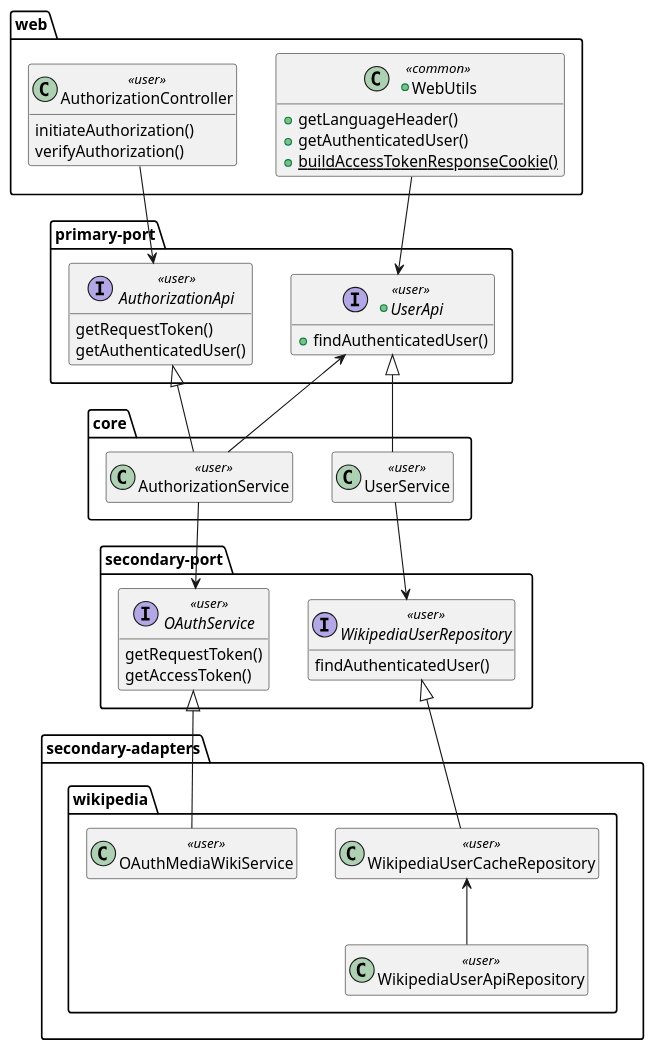
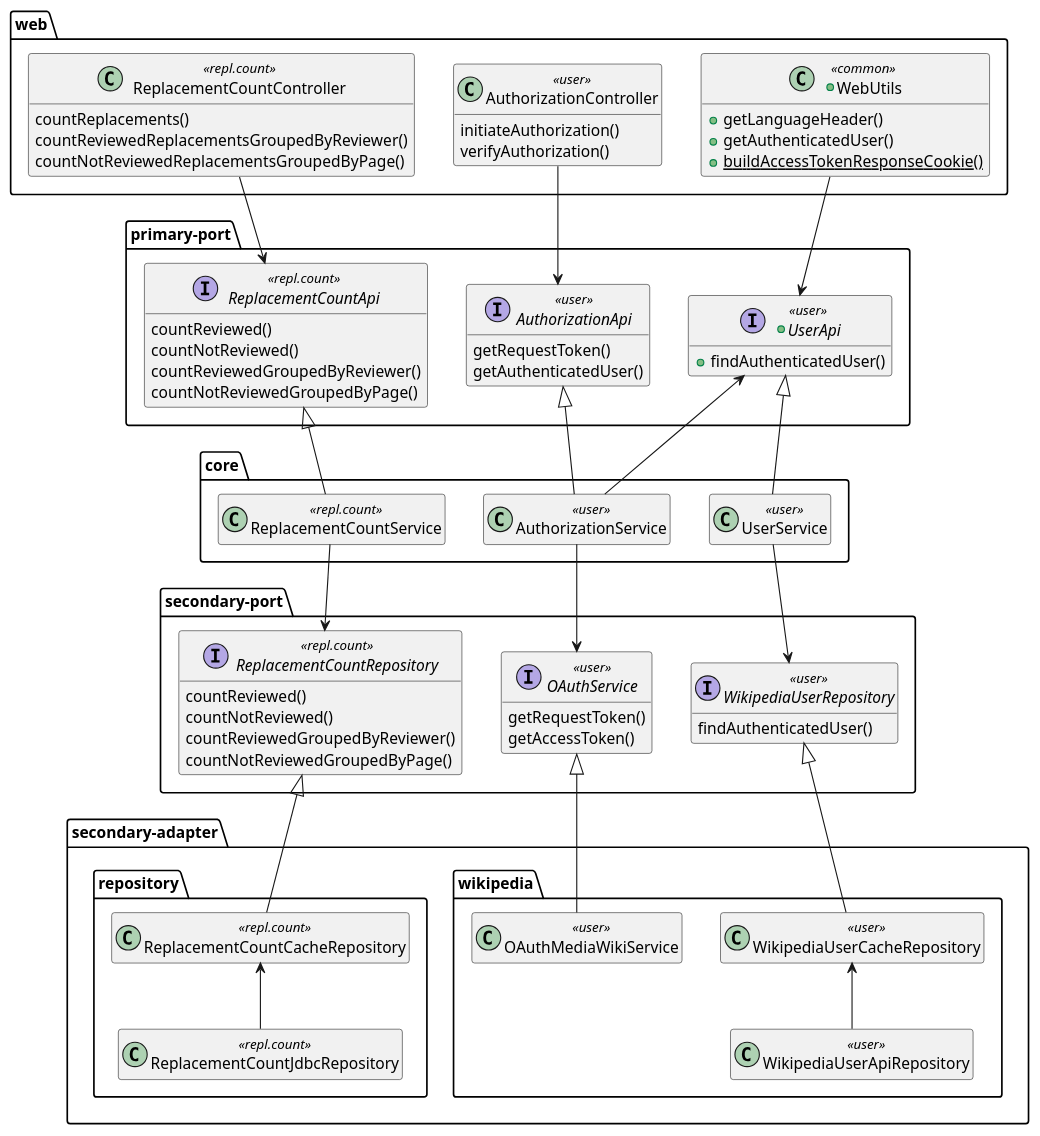
One commit to benjavalero/replacer changed the diagram in class-relationships.puml. Above: the diagram before and after it, drawn with PlantUML.

Commit message:
Replacement count package

```diff
--- a/class-relationships.puml
+++ b/class-relationships.puml
@@ -1,68 +1,111 @@
 @startuml
 
 hide empty members
+
+'USER
 
 package web {
   +class WebUtils <<common>> {
     +getLanguageHeader()
     +getAuthenticatedUser()
     +{static}buildAccessTokenResponseCookie()
   }
 
   class AuthorizationController <<user>> {
     initiateAuthorization()
     verifyAuthorization()
   }
 }
 
 package primary-port {
   interface AuthorizationApi <<user>> {
     getRequestToken()
     getAuthenticatedUser()
   }
 
   +interface UserApi <<user>> {
     +findAuthenticatedUser()
   }
 }
 
 package core {
   class AuthorizationService <<user>>
-  
   class UserService <<user>>
 }
 
 package secondary-port {
   interface OAuthService <<user>> {
     getRequestToken()
     getAccessToken()
   }
 
   interface WikipediaUserRepository <<user>> {
     findAuthenticatedUser()
   }
 }
 
-package secondary-adapters {
+package secondary-adapter {
   package wikipedia {
     class OAuthMediaWikiService <<user>>
     class WikipediaUserApiRepository <<user>>
     class WikipediaUserCacheRepository <<user>>
   }
 }
 
 AuthorizationController --> AuthorizationApi
 AuthorizationApi <|-- AuthorizationService
-
 WebUtils --> UserApi
 UserApi <-- AuthorizationService
 AuthorizationService --> OAuthService
-
 UserApi <|-- UserService
 UserService --> WikipediaUserRepository
 OAuthService <|-- OAuthMediaWikiService
 WikipediaUserRepository <|-- WikipediaUserCacheRepository
 WikipediaUserCacheRepository <-- WikipediaUserApiRepository
 
+'REPLACEMENT COUNT
+
+package web {
+  class ReplacementCountController <<repl.count>> {
+    countReplacements()
+    countReviewedReplacementsGroupedByReviewer()
+    countNotReviewedReplacementsGroupedByPage()
+  }
+}
+
+package primary-port { 
+  interface ReplacementCountApi <<repl.count>> {
+    countReviewed()
+    countNotReviewed()
+    countReviewedGroupedByReviewer()
+    countNotReviewedGroupedByPage()
+  }
+}
+
+package core {
+  class ReplacementCountService <<repl.count>>
+}
+
+package secondary-port {
+  interface ReplacementCountRepository <<repl.count>> {
+    countReviewed()
+    countNotReviewed()
+    countReviewedGroupedByReviewer()
+    countNotReviewedGroupedByPage()
+  }
+}
+
+package secondary-adapter {
+  package repository {
+    class ReplacementCountCacheRepository <<repl.count>>
+    class ReplacementCountJdbcRepository <<repl.count>>
+  }
+}
+
+ReplacementCountController --> ReplacementCountApi
+ReplacementCountApi <|-- ReplacementCountService
+ReplacementCountService --> ReplacementCountRepository
+ReplacementCountRepository <|-- ReplacementCountCacheRepository
+ReplacementCountCacheRepository <-- ReplacementCountJdbcRepository
 
 @enduml
```
